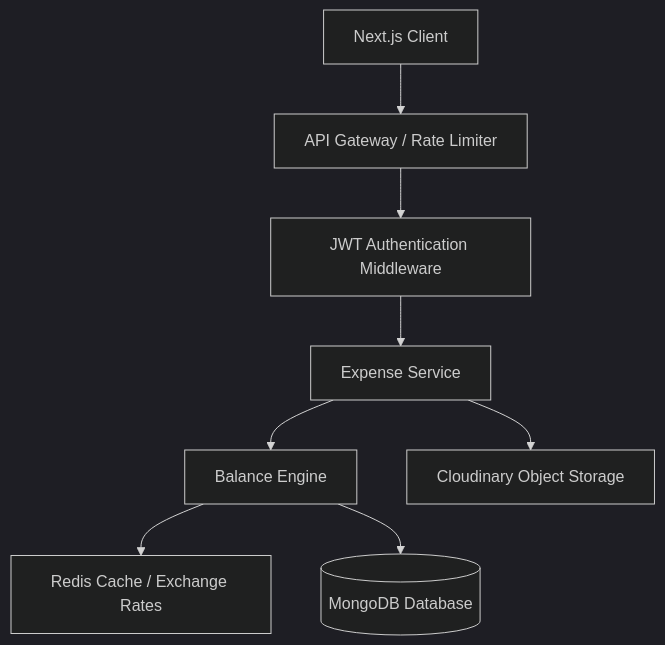
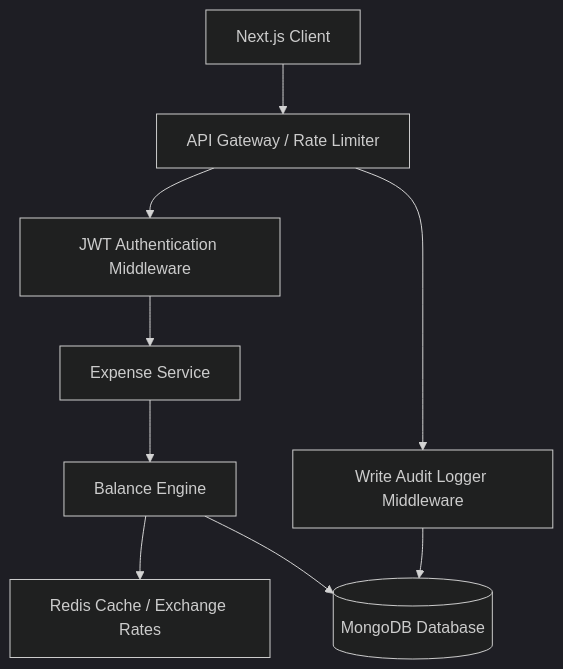
The diagram in README.md (pracheedhar/SplitEase), drawn with Mermaid (dark theme) before and after one commit. The commit also changed other lines of this file, not shown here.

````diff
--- a/README.md
+++ b/README.md
@@ -7,10 +7,11 @@
 ```mermaid
 graph TD
     Client[Next.js Client] --> Gateway[API Gateway / Rate Limiter]
     Gateway --> Auth[JWT Authentication Middleware]
     Auth --> Service[Expense Service]
     Service --> Balance[Balance Engine]
     Balance --> Cache[Redis Cache / Exchange Rates]
     Balance --> DB[(MongoDB Database)]
-    Service --> Cloudinary[Cloudinary Object Storage]
+    Gateway --> Audit[Write Audit Logger Middleware]
+    Audit --> DB
 ```
````
